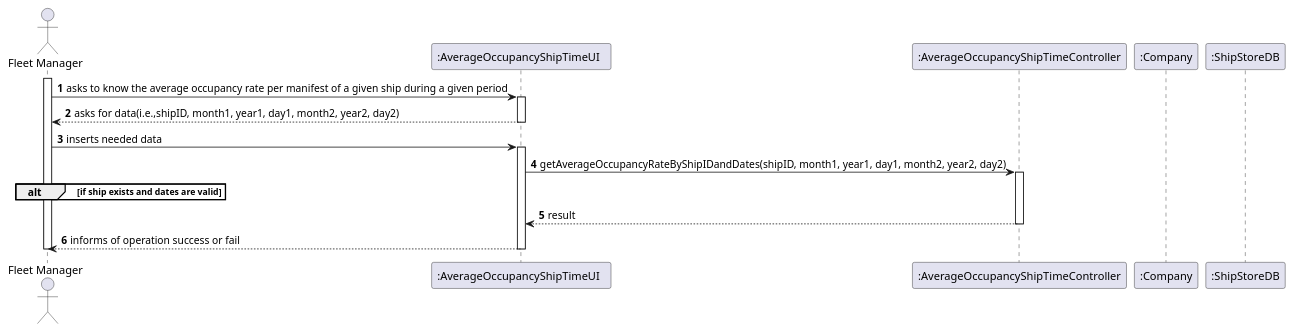
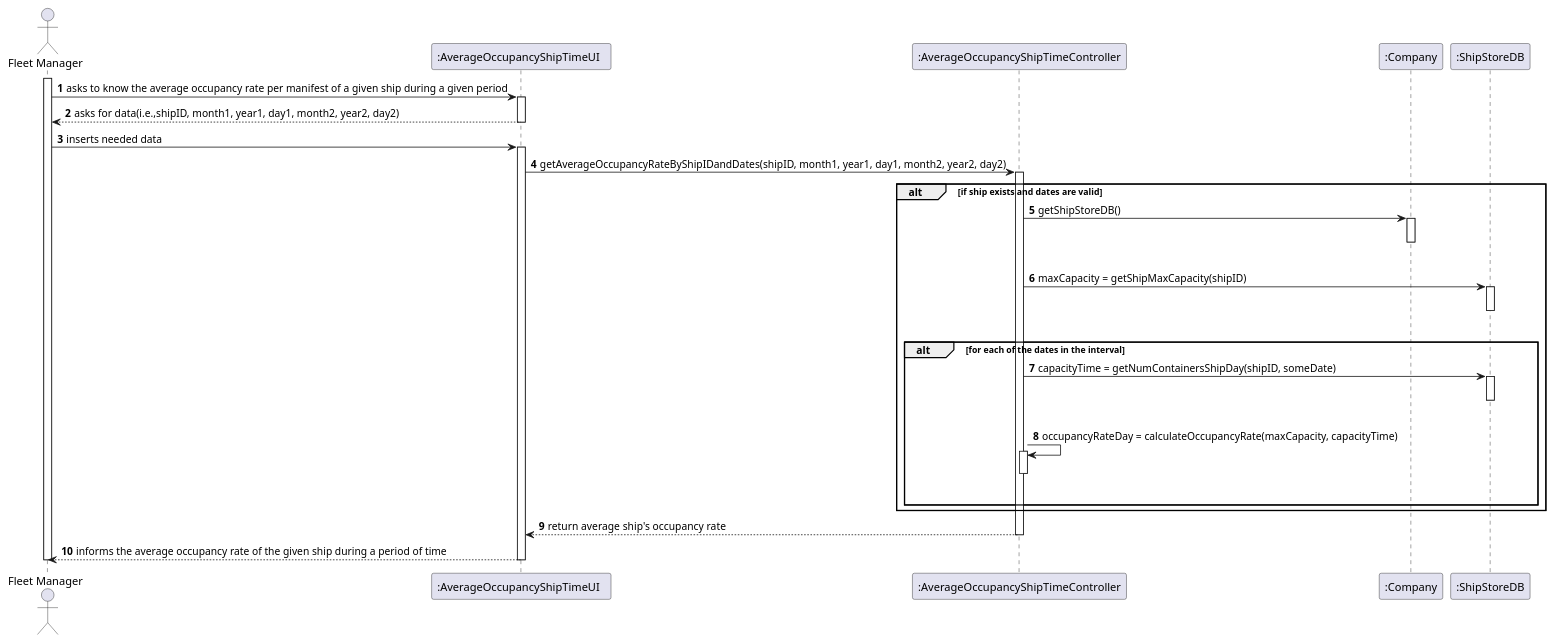
The diagram in docs/Sprint 4/US405/US_405_SD.puml (ana-albergaria/LAPR3-ISEP), drawn with PlantUML before and after one commit. The commit also changed 5 other files, not shown here.

Commit message:
G54-278 #time 17m #comment Finished US405 diagrams.

```diff
--- a/docs/Sprint 4/US405/US_405_SD.puml
+++ b/docs/Sprint 4/US405/US_405_SD.puml
@@ -1,30 +1,45 @@
 @startuml
 autonumber
 'hide footbox
 actor "Fleet Manager" as SC
 participant ":AverageOccupancyShipTimeUI  " as UI
 participant ":AverageOccupancyShipTimeController" as CTRL
 participant ":Company" as CMP
 participant ":ShipStoreDB" as CMS
 
 activate SC
 SC -> UI : asks to know the average occupancy rate per manifest of a given ship during a given period
 activate UI
 UI --> SC : asks for data(i.e.,shipID, month1, year1, day1, month2, year2, day2)
 deactivate UI
 SC -> UI : inserts needed data
 activate UI
 UI -> CTRL : getAverageOccupancyRateByShipIDandDates(shipID, month1, year1, day1, month2, year2, day2)
 activate CTRL
 alt if ship exists and dates are valid
-
-'.......
-
+CTRL -> CMP : getShipStoreDB()
+activate CMP
+|||
+deactivate CMP
+CTRL -> CMS : maxCapacity = getShipMaxCapacity(shipID)
+activate CMS
+|||
+deactivate CMS
+alt for each of the dates in the interval
+CTRL -> CMS: capacityTime = getNumContainersShipDay(shipID, someDate)
+activate CMS
+|||
+deactivate CMS
+CTRL -> CTRL : occupancyRateDay = calculateOccupancyRate(maxCapacity, capacityTime)
+activate CTRL
+|||
+deactivate CTRL
 end
-CTRL --> UI : result
+end
+CTRL --> UI : return average ship's occupancy rate
 deactivate CTRL
-UI --> SC : informs of operation success or fail
+UI --> SC : informs the average occupancy rate of the given ship during a period of time
 deactivate UI
 deactivate SC
 
 @enduml
```
